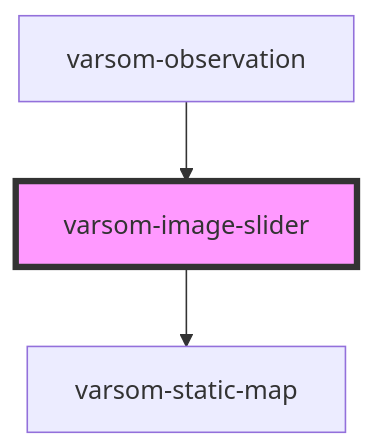
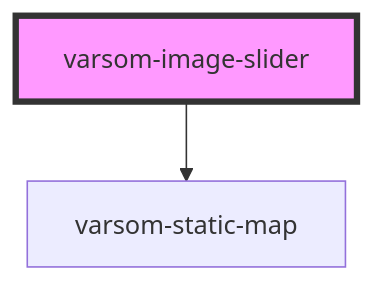
Before and after one commit to NVE/varsom-observation: the diagram in src/components/varsom-image-slider/readme.md, drawn with Mermaid. The commit also changed other lines of this file and 5 other files, not shown here.

````diff
--- a/src/components/varsom-image-slider/readme.md
+++ b/src/components/varsom-image-slider/readme.md
@@ -29,6 +25,5 @@
 ```mermaid
 graph TD;
   varsom-image-slider --> varsom-static-map
-  varsom-observation --> varsom-image-slider
   style varsom-image-slider fill:#f9f,stroke:#333,stroke-width:4px
 ```
````
